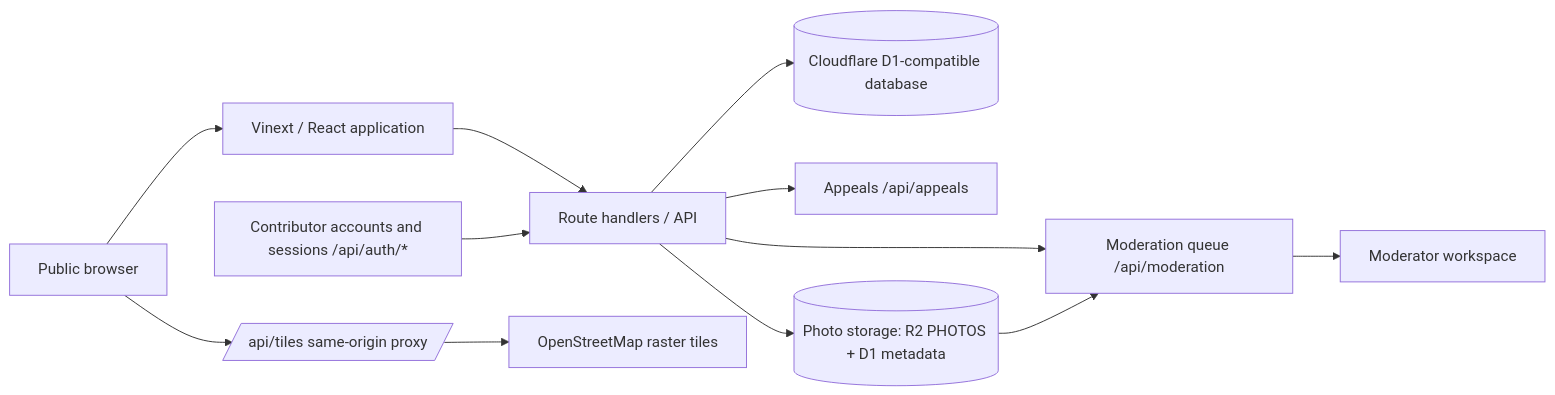
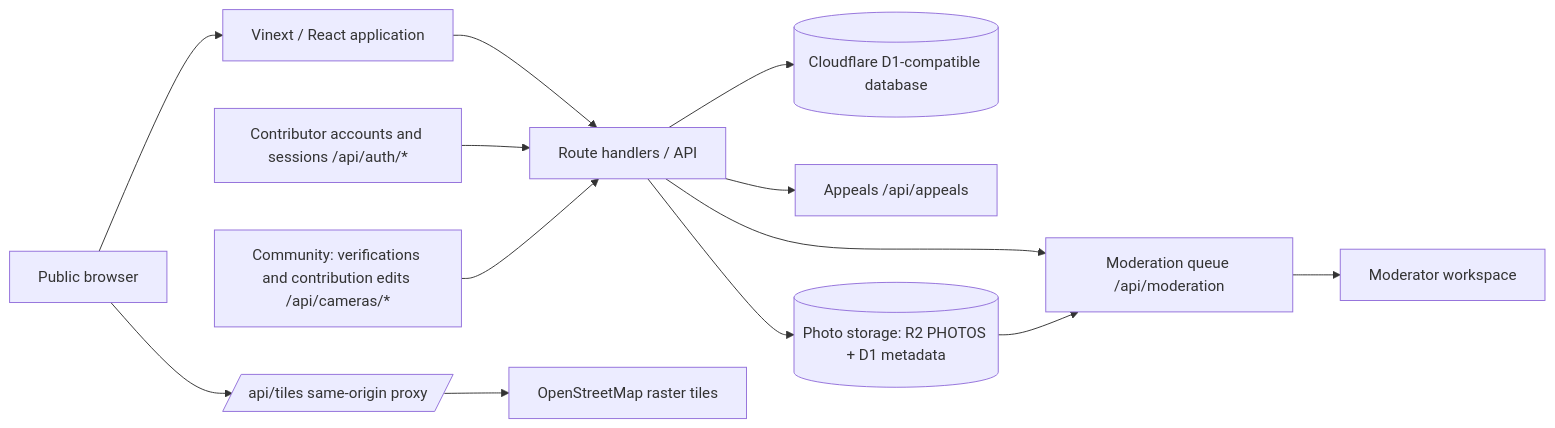
The first of 2 diagrams in docs/ARCHITECTURE.md (Syax89/open-surveillance-db), drawn with Mermaid before and after one commit. The commit also changed other lines of this file and 1 other file, not shown here.

First line of the commit message:
docs(data-model,architecture): 13 tables, migrations 0000-0025, 9 API routes, community system + ADR 0019 (t_3db10293)

````diff
--- a/docs/ARCHITECTURE.md
+++ b/docs/ARCHITECTURE.md
@@ -7,14 +7,15 @@
 ```mermaid
 flowchart LR
   Browser[Public browser] --> Web[Vinext / React application]
   Web --> API[Route handlers / API]
   API --> D1[(Cloudflare D1-compatible database)]
   Browser --> Tiles[/api/tiles same-origin proxy/]
   Tiles --> OSM[OpenStreetMap raster tiles]
   Auth[Contributor accounts and sessions /api/auth/*] --> API
   API --> Queue[Moderation queue /api/moderation]
   Queue --> Moderator[Moderator workspace]
   API --> Appeals[Appeals /api/appeals]
   API --> Photos[(Photo storage: R2 PHOTOS + D1 metadata)]
   Photos --> Queue
+  Community[Community: verifications and contribution edits /api/cameras/*] --> API
 ```
````
